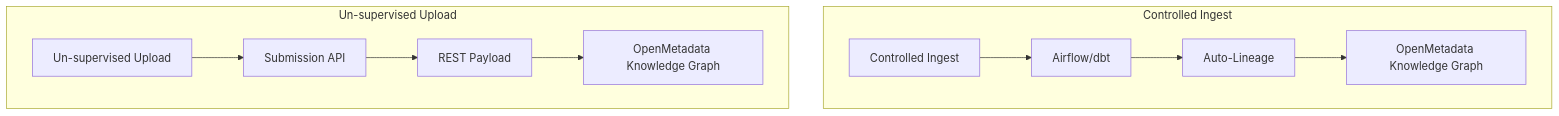
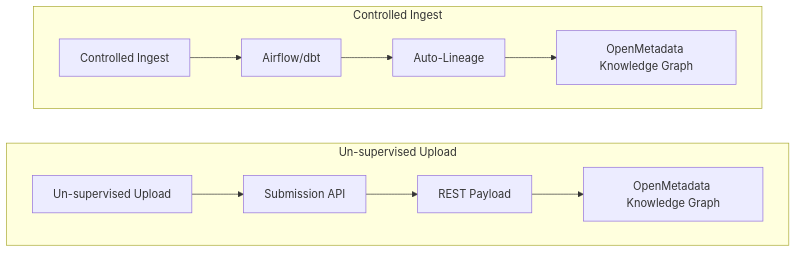
One commit to PedroMTQ/data_architecture_blueprint changed the diagram in docs/data_serving_gold_layer.md. Above: the diagram before and after it, drawn with Mermaid. The commit also changed other lines of this file and 9 other files, not shown here.

````diff
--- a/docs/data_serving_gold_layer.md
+++ b/docs/data_serving_gold_layer.md
@@ -130,11 +134,12 @@
 ```mermaid
 flowchart TB
     subgraph controlledIngest [Controlled Ingest]
         direction LR
         CI[Controlled Ingest] --> AF[Airflow/dbt] --> AL[Auto-Lineage] --> OM1[OpenMetadata Knowledge Graph]
     end
     subgraph unsupervisedUpload [Un-supervised Upload]
         direction LR
         US[Un-supervised Upload] --> SA[Submission API] --> REST[REST Payload] --> OM2[OpenMetadata Knowledge Graph]
     end
+    controlledIngest ~~~ unsupervisedUpload
 ```
````
